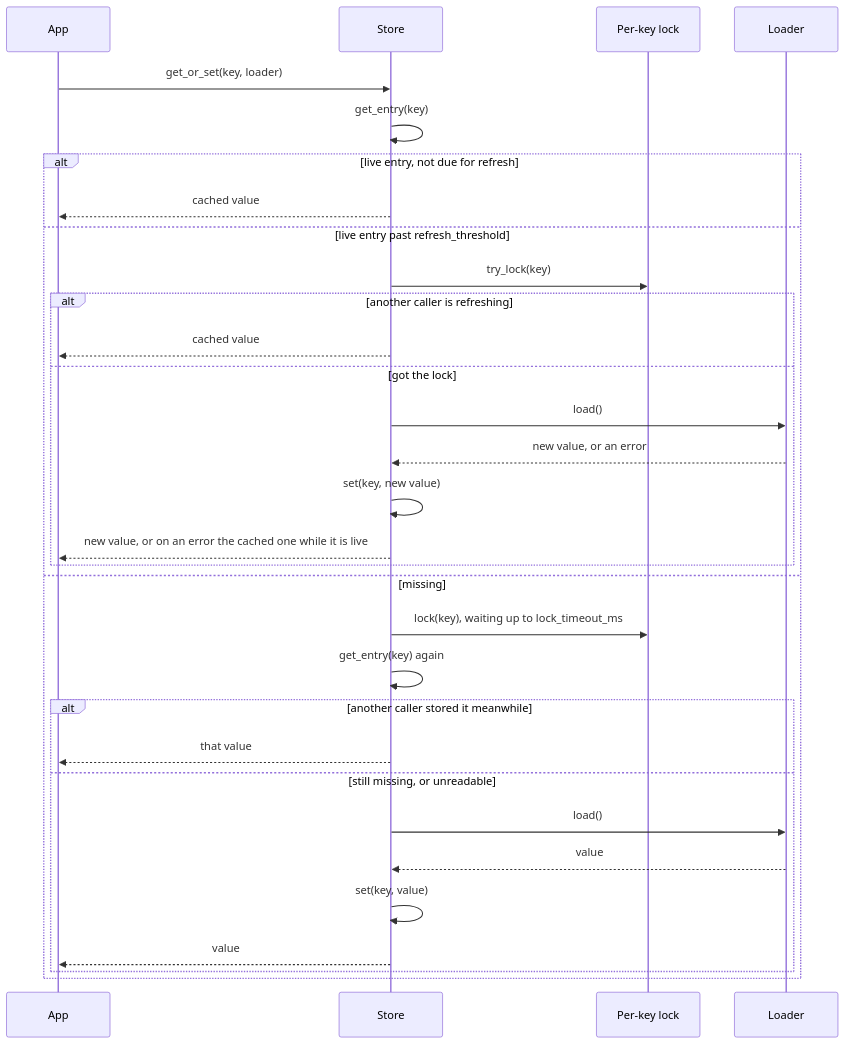
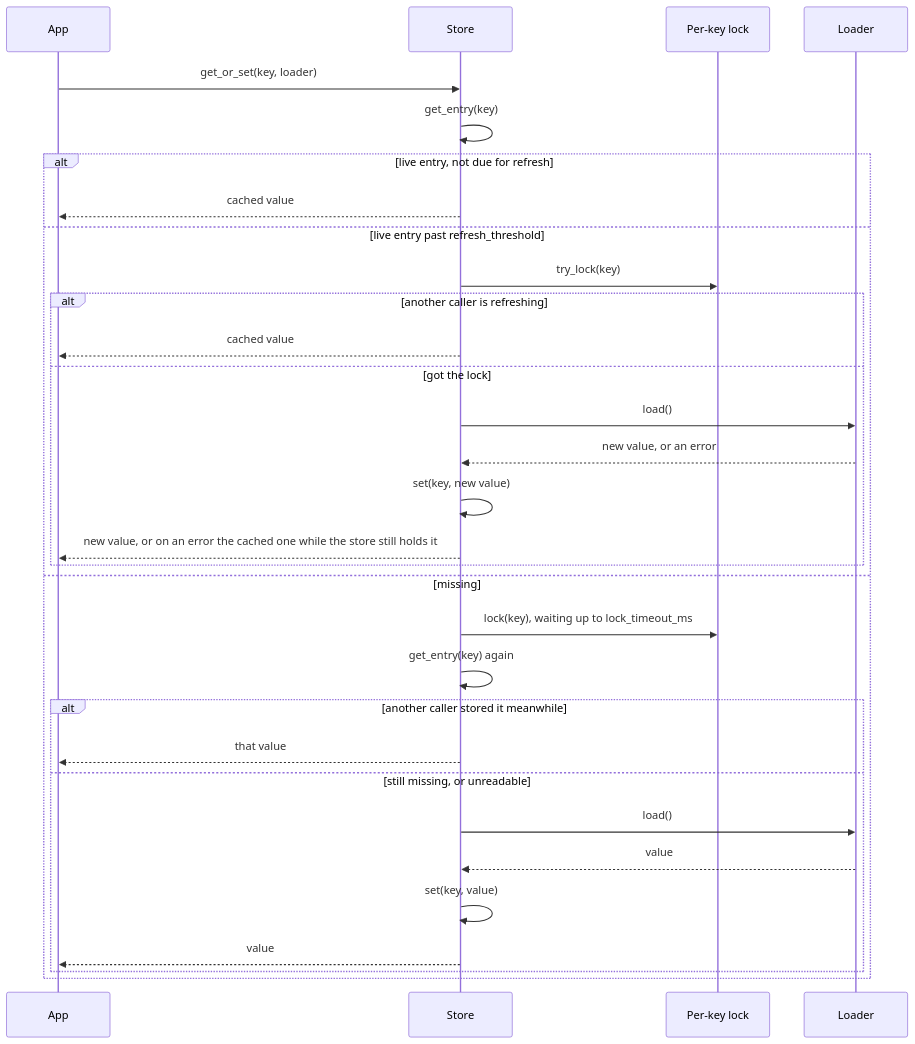
Before and after one commit to sisaio/sisa-caching-rs: the first of 8 diagrams in docs/02-flows.md, drawn with Mermaid. The commit also changed 2 other files, not shown here.

Commit message:
fix(core): serve a failed refresh's value only while the store holds it
When a refresh in get_or_set failed, it served the entry it had read if
that entry's own TTL hadn't passed. A loader that ran past the store's
max_ttl_secs, or a write that removed the key meanwhile, still got the
old value back, past the hybrid store's staleness bound. The fallback
now reads the key again and serves only what the store still holds.

````diff
--- a/docs/02-flows.md
+++ b/docs/02-flows.md
@@ -11,34 +11,34 @@
 ```mermaid
 sequenceDiagram
     participant App
     participant Store
     participant Lock as Per-key lock
     participant Loader
 
     App->>Store: get_or_set(key, loader)
     Store->>Store: get_entry(key)
     alt live entry, not due for refresh
         Store-->>App: cached value
     else live entry past refresh_threshold
         Store->>Lock: try_lock(key)
         alt another caller is refreshing
             Store-->>App: cached value
         else got the lock
             Store->>Loader: load()
             Loader-->>Store: new value, or an error
             Store->>Store: set(key, new value)
-            Store-->>App: new value, or on an error the cached one while it is live
+            Store-->>App: new value, or on an error the cached one while the store still holds it
         end
     else missing
         Store->>Lock: lock(key), waiting up to lock_timeout_ms
         Store->>Store: get_entry(key) again
         alt another caller stored it meanwhile
             Store-->>App: that value
         else still missing, or unreadable
             Store->>Loader: load()
             Loader-->>Store: value
             Store->>Store: set(key, value)
             Store-->>App: value
         end
     end
 ```
````
